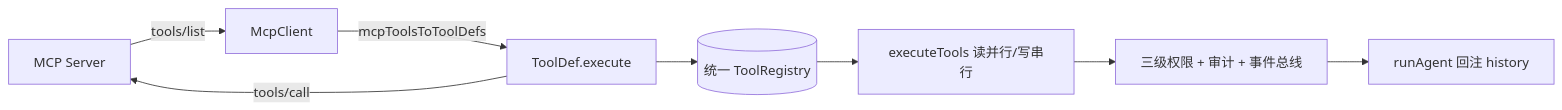
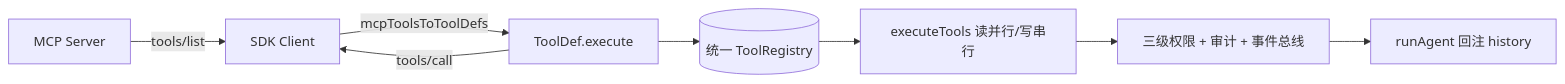
Before and after one commit to wpy2580536181-stack/easyCLI: the fourth of 4 diagrams in docs/phase5.md, drawn with Mermaid. The commit also changed other lines of this file and 16 other files, not shown here.

First line of the commit message:
refactor(mcp): 手写 MCP 实现迁移到官方 @modelcontextprotocol/sdk

````diff
--- a/docs/phase5.md
+++ b/docs/phase5.md
@@ -90,10 +107,10 @@
 ```mermaid
 flowchart LR
-    S[MCP Server] -->|tools/list| C[McpClient]
+    S[MCP Server] -->|tools/list| C[SDK Client]
     C -->|mcpToolsToToolDefs| D[ToolDef.execute]
-    D -->|tools/call| S
+    D -->|tools/call| C
     D --> R[(统一 ToolRegistry)]
     R --> E[executeTools 读并行/写串行]
     E --> P[三级权限 + 审计 + 事件总线]
     P --> M[runAgent 回注 history]
 ```
````
